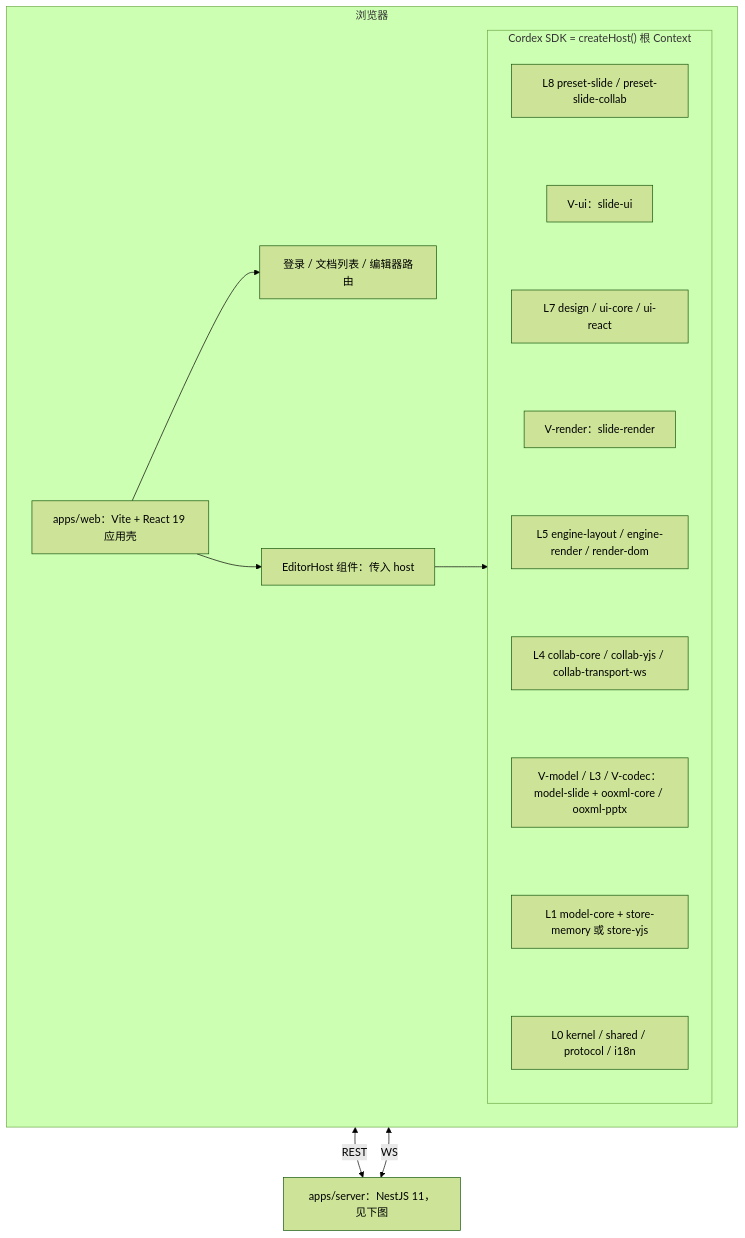
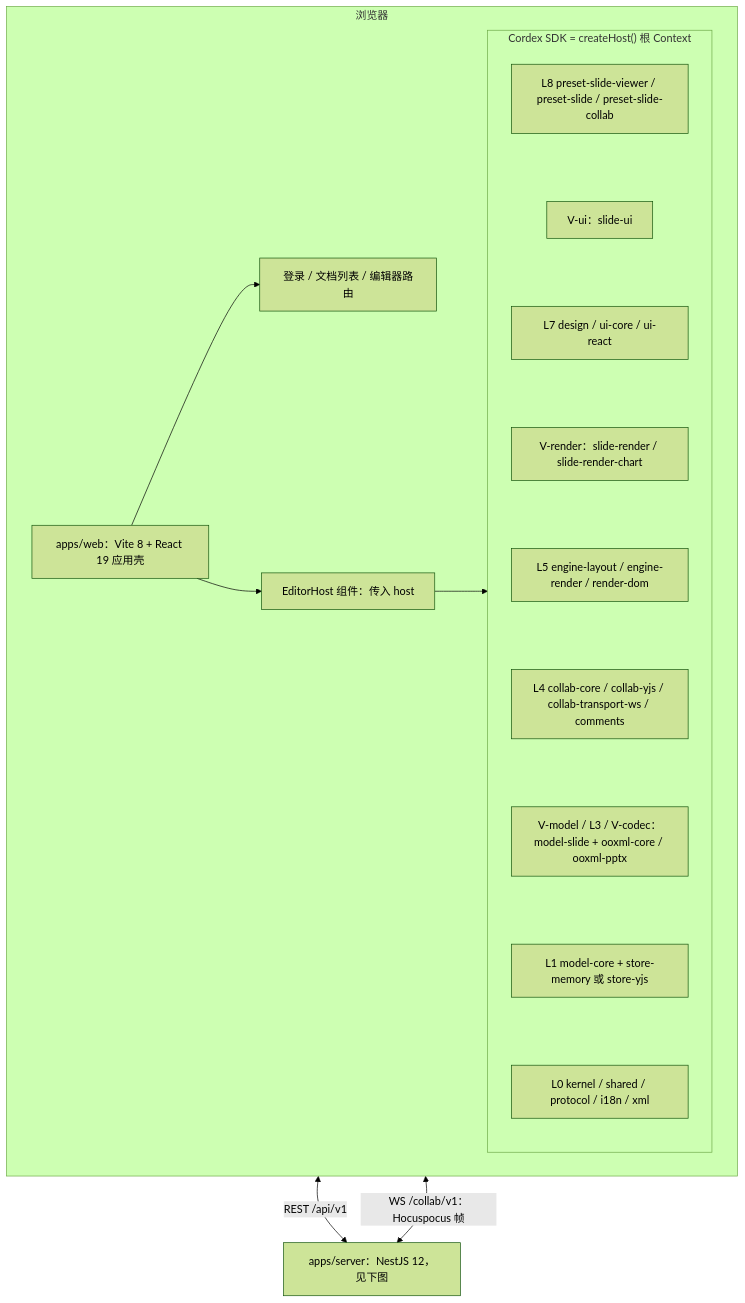
One commit to Xeonice/cordis-ppt-editor changed the third of 18 diagrams in docs/30-architecture/01-overview.md. Above: the diagram before and after it, drawn with Mermaid (forest theme). The commit also changed other lines of this file and 78 other files, not shown here.

````diff
--- a/docs/30-architecture/01-overview.md
+++ b/docs/30-architecture/01-overview.md
@@ -44,26 +89,26 @@
 ```mermaid
 flowchart TB
   subgraph browser["浏览器"]
-    web["apps/web：Vite + React 19 应用壳"]
+    web["apps/web：Vite 8 + React 19 应用壳"]
     routes["登录 / 文档列表 / 编辑器路由"]
     editorHost["EditorHost 组件：传入 host"]
     subgraph sdkBox["Cordex SDK = createHost#40;#41; 根 Context"]
-      l8["L8 preset-slide / preset-slide-collab"]
+      l8["L8 preset-slide-viewer / preset-slide / preset-slide-collab"]
       vUi["V-ui：slide-ui"]
       l7["L7 design / ui-core / ui-react"]
-      vRender["V-render：slide-render"]
+      vRender["V-render：slide-render / slide-render-chart"]
       l5["L5 engine-layout / engine-render / render-dom"]
-      l4["L4 collab-core / collab-yjs / collab-transport-ws"]
+      l4["L4 collab-core / collab-yjs / collab-transport-ws / comments"]
       vModelCodec["V-model / L3 / V-codec：model-slide + ooxml-core / ooxml-pptx"]
       l1["L1 model-core + store-memory 或 store-yjs"]
-      l0["L0 kernel / shared / protocol / i18n"]
+      l0["L0 kernel / shared / protocol / i18n / xml"]
     end
   end
-  server["apps/server：NestJS 11，见下图"]
+  server["apps/server：NestJS 12，见下图"]
   web --> routes
   web --> editorHost
   editorHost --> sdkBox
   l8 ~~~ vUi ~~~ l7 ~~~ vRender ~~~ l5 ~~~ l4 ~~~ vModelCodec ~~~ l1 ~~~ l0
-  browser <-- "REST" --> server
-  browser <-- "WS" --> server
+  browser <-- "REST /api/v1" --> server
+  browser <-- "WS /collab/v1：Hocuspocus 帧" --> server
 ```
````
